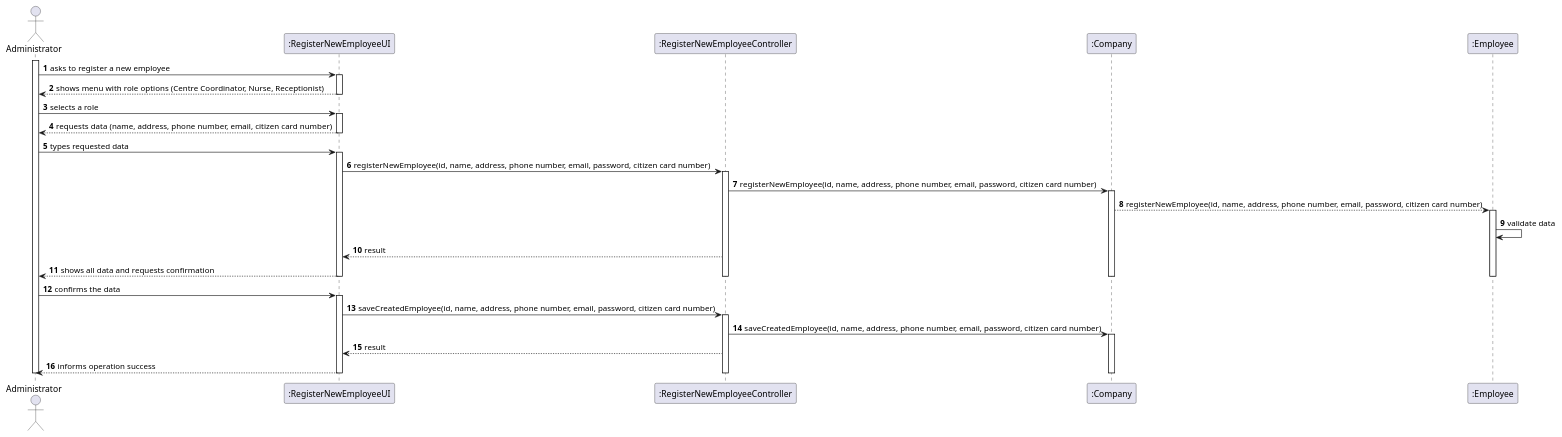
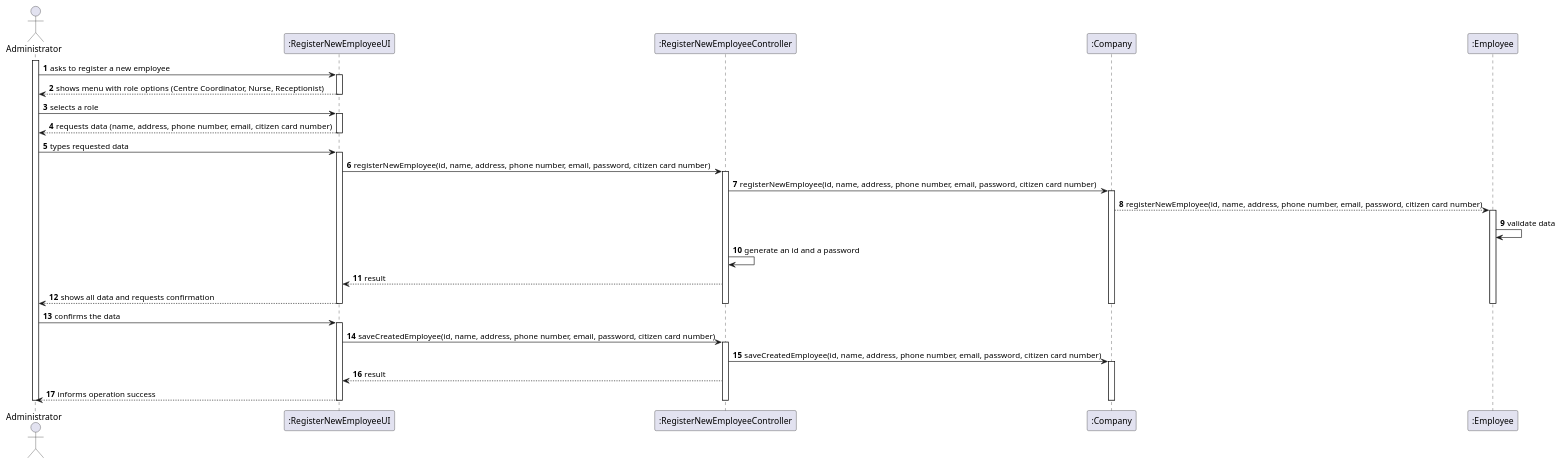
Before and after one commit to Pirussa/lei-22-s2-1da-g02: the diagram in docs/SprintB/US010/US010_SD.puml, drawn with PlantUML. The commit also changed 7 other files, not shown here.

```diff
--- a/docs/SprintB/US010/US010_SD.puml
+++ b/docs/SprintB/US010/US010_SD.puml
@@ -1,60 +1,62 @@
 @startuml
 autonumber
 
 actor "Administrator" as A
 
 participant ":RegisterNewEmployeeUI" as UI
 participant ":RegisterNewEmployeeController" as CTRL
 participant ":Company" as C
 participant ":Employee" as E
 
 activate A
 A -> UI : asks to register a new employee
 activate UI
 UI --> A : shows menu with role options (Centre Coordinator, Nurse, Receptionist)
 deactivate UI
 
 A -> UI : selects a role
 activate UI
 UI --> A : requests data (name, address, phone number, email, citizen card number)
 deactivate UI
 
 A -> UI : types requested data
 activate UI
 
 UI -> CTRL : registerNewEmployee(id, name, address, phone number, email, password, citizen card number)
 activate CTRL
 
 CTRL -> C : registerNewEmployee(id, name, address, phone number, email, password, citizen card number)
 activate C
 C --> E : registerNewEmployee(id, name, address, phone number, email, password, citizen card number)
 activate E
 E -> E :  validate data
 
+CTRL -> CTRL : generate an id and a password
+
 CTRL --> UI : result
 
 UI --> A: shows all data and requests confirmation
 
 deactivate E
 deactivate C
 deactivate CTRL
 deactivate UI
 
 
 A -> UI : confirms the data
 activate UI
 UI -> CTRL : saveCreatedEmployee(id, name, address, phone number, email, password, citizen card number)
 activate CTRL
 CTRL -> C : saveCreatedEmployee(id, name, address, phone number, email, password, citizen card number)
 activate C
 
 CTRL --> UI: result
 
 UI --> A : informs operation success
 
 deactivate C
 deactivate CTRL
 deactivate UI
 deactivate A
 
 @enduml
```
